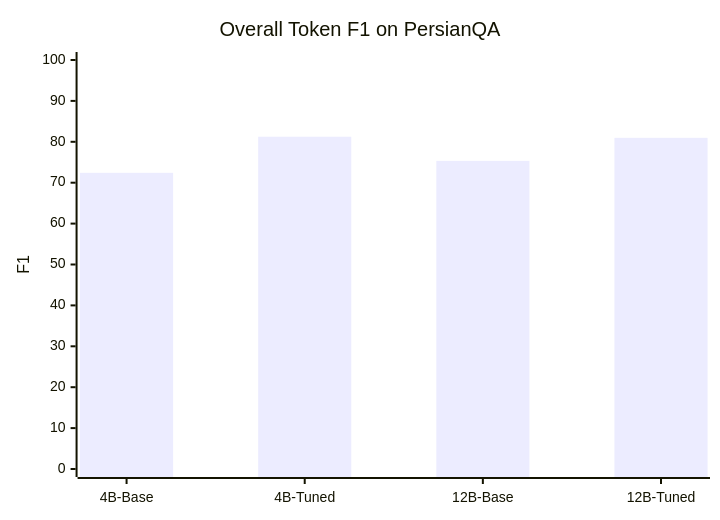
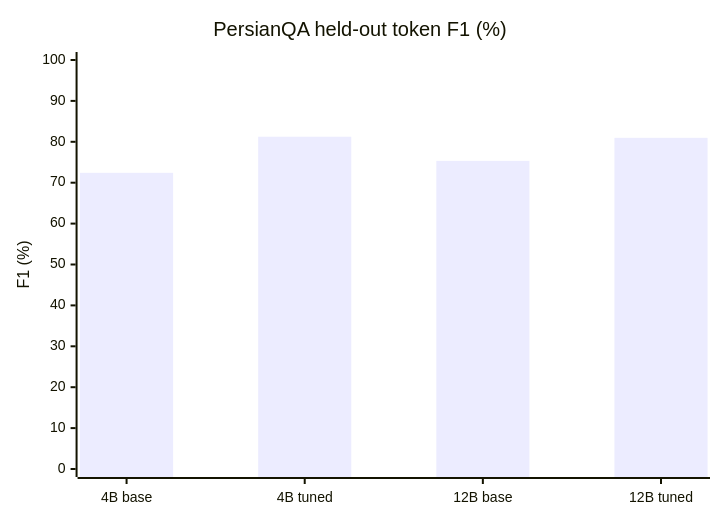
The diagram in README.md (mohammadakhoundi1/Fine-Tuning-Gemma3), drawn with Mermaid before and after one commit. The commit also changed other lines of this file, not shown here.

````diff
--- a/README.md
+++ b/README.md
@@ -96,7 +42,7 @@
 ```mermaid
 xychart-beta
-    title "Overall Token F1 on PersianQA"
-    x-axis ["4B-Base", "4B-Tuned", "12B-Base", "12B-Tuned"]
-    y-axis "F1" 0 --> 100
+    title "PersianQA held-out token F1 (%)"
+    x-axis ["4B base", "4B tuned", "12B base", "12B tuned"]
+    y-axis "F1 (%)" 0 --> 100
     bar [72.41, 81.24, 75.34, 80.97]
 ```
````
